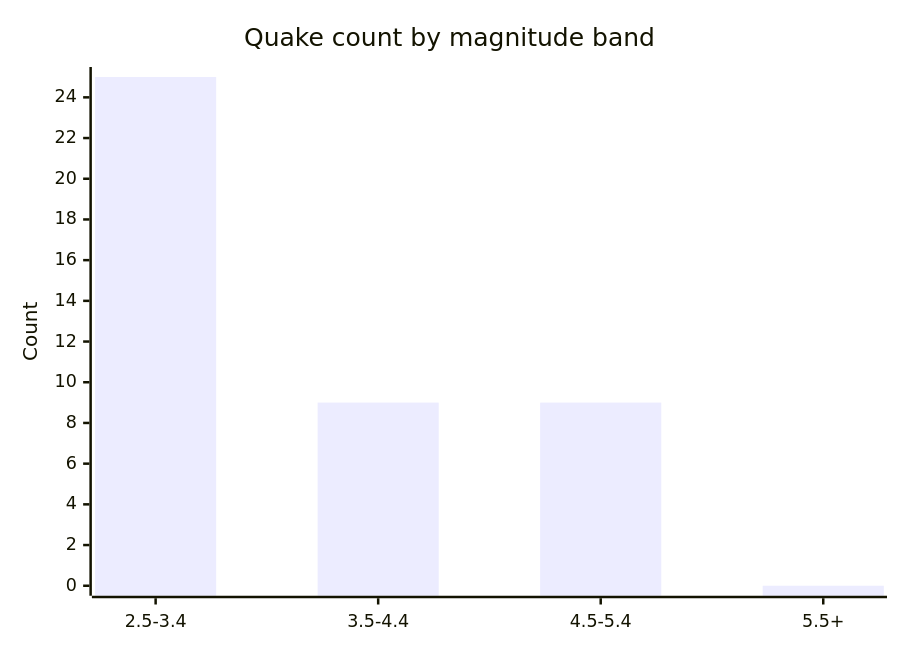
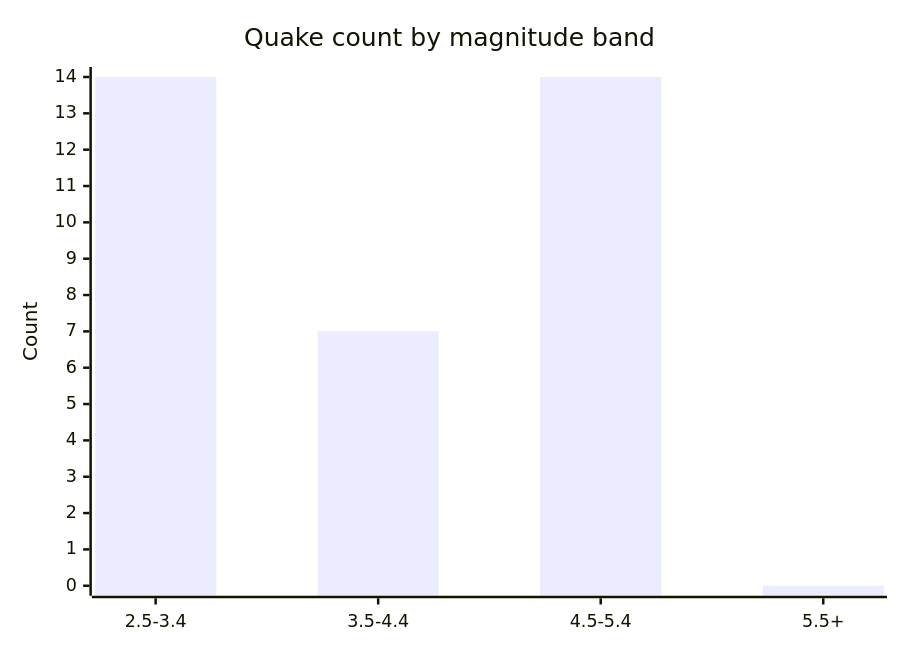
One commit to Midwest-Stratospheric/aerostratospheric-defense-gir changed the fifth of 6 diagrams in docs/GRAPHS.md. Above: the diagram before and after it, drawn with Mermaid. The commit also changed other lines of this file and 23 other files, not shown here.

````diff
--- a/docs/GRAPHS.md
+++ b/docs/GRAPHS.md
@@ -82,7 +82,7 @@
 ```mermaid
 xychart-beta
   title "Quake count by magnitude band"
   x-axis ["2.5-3.4", "3.5-4.4", "4.5-5.4", "5.5+"]
-  y-axis "Count" 0 --> 25
-  bar [25, 9, 9, 0]
+  y-axis "Count" 0 --> 14
+  bar [14, 7, 14, 0]
 ```
````
